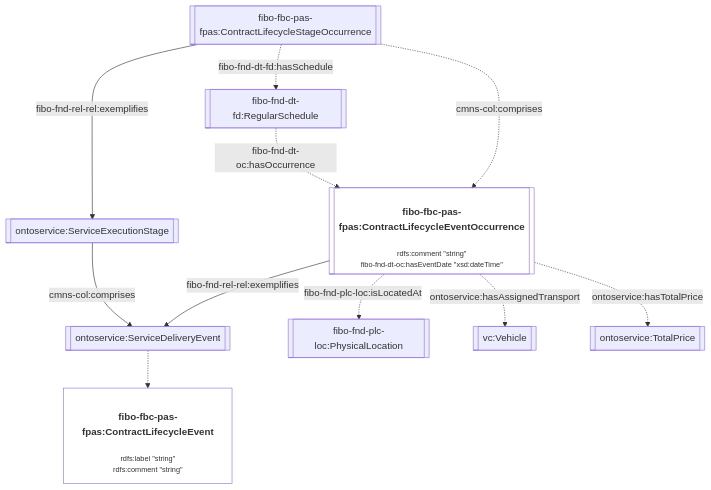
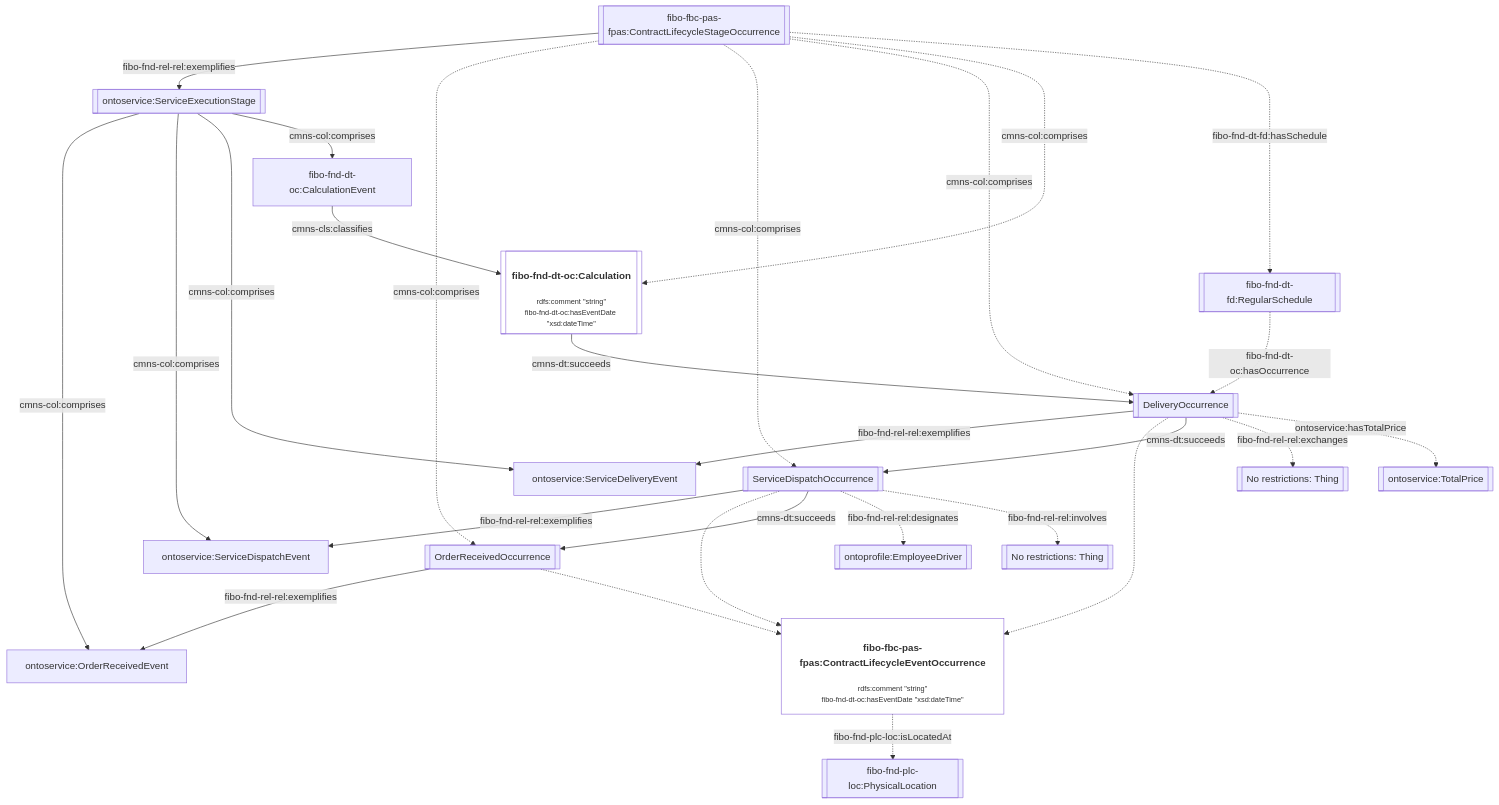
One commit to cambridge-cares/TheWorldAvatar changed the ninth of 11 diagrams in JPS_Ontology/ontology/ontoservice/README.md. Above: the diagram before and after it, drawn with Mermaid. The commit also changed other lines of this file and 6 other files, not shown here.

Commit message:
dev-service-execution-ontology-extension: extended service execution stage with more granularity in events for initialisation, dispatch, and delivery

````diff
--- a/JPS_Ontology/ontology/ontoservice/README.md
+++ b/JPS_Ontology/ontology/ontoservice/README.md
@@ -355,21 +367,40 @@
 ```mermaid
 flowchart TD
     %% Styling
     classDef literal fill:none
     classDef node overflow-wrap:break-word,text-wrap:pretty
     linkStyle default overflow-wrap:break-word,text-wrap:pretty;
 
     %% Contents
-    StageOccurrence[[fibo-fbc-pas-fpas:ContractLifecycleStageOccurrence]] -. cmns-col:comprises .-> EventOccurrence[["<h4>fibo-fbc-pas-fpas:ContractLifecycleEventOccurrence</h4><p style='font-size:0.75rem;'>rdfs:comment &quot;string&quot;<br>fibo-fnd-dt-oc:hasEventDate &quot;xsd:dateTime&quot;</p>"]]:::literal
-    StageOccurrence -- fibo-fnd-rel-rel:exemplifies --> ServiceExecutionStage[[ontoservice:ServiceExecutionStage]]
-    EventOccurrence -- fibo-fnd-rel-rel:exemplifies --> ServiceDeliveryEvent[[ontoservice:ServiceDeliveryEvent]]
-    ServiceExecutionStage -- cmns-col:comprises --> ServiceDeliveryEvent
+    StageOccurrence[[fibo-fbc-pas-fpas:ContractLifecycleStageOccurrence]] -- fibo-fnd-rel-rel:exemplifies --> ServiceExecutionStage[[ontoservice:ServiceExecutionStage]]
+    ServiceExecutionStage -- cmns-col:comprises --> OrderReceivedEvent[ontoservice:OrderReceivedEvent]
+    ServiceExecutionStage -- cmns-col:comprises --> ServiceDispatchEvent[ontoservice:ServiceDispatchEvent]
+    ServiceExecutionStage -- cmns-col:comprises --> ServiceDeliveryEvent[ontoservice:ServiceDeliveryEvent]
+    ServiceExecutionStage -- cmns-col:comprises --> CalculationEvent[fibo-fnd-dt-oc:CalculationEvent]
+
+    StageOccurrence -. cmns-col:comprises .-> OrderReceivedOccurrence[[OrderReceivedOccurrence]]
+    OrderReceivedOccurrence -- fibo-fnd-rel-rel:exemplifies --> OrderReceivedEvent
+    OrderReceivedOccurrence -.-> EventOccurrence["<h4>fibo-fbc-pas-fpas:ContractLifecycleEventOccurrence</h4><p style='font-size:0.75rem;'>rdfs:comment &quot;string&quot;<br>fibo-fnd-dt-oc:hasEventDate &quot;xsd:dateTime&quot;</p>"]:::literal
+
+    StageOccurrence -. cmns-col:comprises .-> DispatchOccurrence[[ServiceDispatchOccurrence]]
+    DispatchOccurrence -- fibo-fnd-rel-rel:exemplifies --> ServiceDispatchEvent
+    DispatchOccurrence -.-> EventOccurrence
+    DispatchOccurrence -- cmns-dt:succeeds --> OrderReceivedOccurrence
+
+    StageOccurrence -. cmns-col:comprises .-> DeliveryOccurrence[[DeliveryOccurrence]]
+    DeliveryOccurrence -- fibo-fnd-rel-rel:exemplifies --> ServiceDeliveryEvent
+    DeliveryOccurrence -.-> EventOccurrence
+    DeliveryOccurrence -- cmns-dt:succeeds --> DispatchOccurrence
+
+    StageOccurrence -. cmns-col:comprises .-> Calculation[["<h4>fibo-fnd-dt-oc:Calculation</h4><p style='font-size:0.75rem;'>rdfs:comment &quot;string&quot;<br>fibo-fnd-dt-oc:hasEventDate &quot;xsd:dateTime&quot;</p>"]]:::literal
+    CalculationEvent -- cmns-cls:classifies --> Calculation
+    Calculation -- cmns-dt:succeeds --> DeliveryOccurrence
 
     StageOccurrence -. fibo-fnd-dt-fd:hasSchedule .-> Schedule[[fibo-fnd-dt-fd:RegularSchedule]]
-    Schedule -. fibo-fnd-dt-oc:hasOccurrence .-> EventOccurrence
-    ServiceDeliveryEvent -.-> Event["<h4>fibo-fbc-pas-fpas:ContractLifecycleEvent</h4><p style='font-size:0.75rem;'>rdfs:label &quot;string&quot;<br>rdfs:comment &quot;string&quot;</p>"]:::literal
-
+    Schedule -. fibo-fnd-dt-oc:hasOccurrence .-> DeliveryOccurrence
+    DispatchOccurrence -. fibo-fnd-rel-rel:designates .-> Driver[[ontoprofile:EmployeeDriver]]
+    DispatchOccurrence -. fibo-fnd-rel-rel:involves .-> AssignableThing[[No restrictions: Thing]]
+    DeliveryOccurrence -. fibo-fnd-rel-rel:exchanges .->  ExchangeableThing[[No restrictions: Thing]]
+    DeliveryOccurrence -. ontoservice:hasTotalPrice .-> TotalPrice[[ontoservice:TotalPrice]]
     EventOccurrence -. fibo-fnd-plc-loc:isLocatedAt .-> Location[[fibo-fnd-plc-loc:PhysicalLocation]]
-    EventOccurrence -. ontoservice:hasAssignedTransport .-> Vehicle[[vc:Vehicle]]
-    EventOccurrence -. ontoservice:hasTotalPrice .-> TotalPrice[[ontoservice:TotalPrice]]
 ```
````
